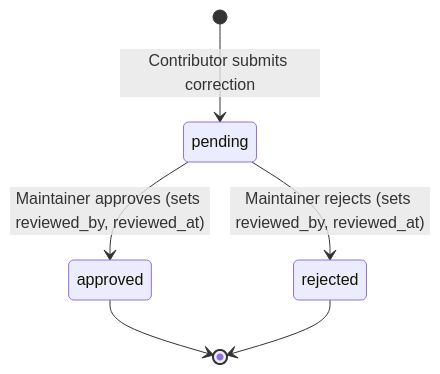
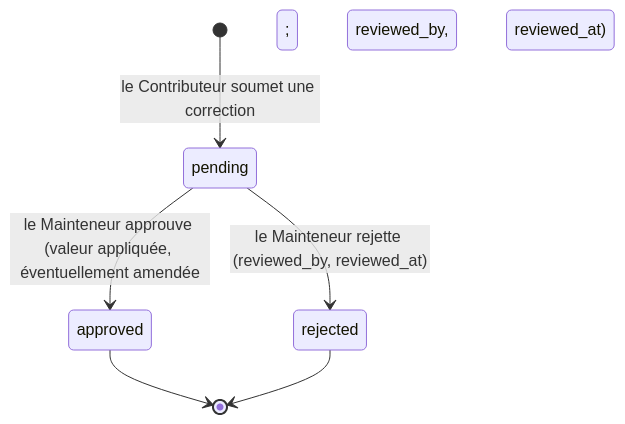
The first of 4 diagrams in docs/architecture/diagrams/beer-encyclopedia/05-state.md (benoit-bremaud/brasse-bouillon), drawn with Mermaid before and after one commit. The commit also changed other lines of this file and 2 other files, not shown here.

First line of the commit message:
docs(beer-encyclopedia): review state diagram (FR + PlantUML, two lifecycles)

````diff
--- a/docs/architecture/diagrams/beer-encyclopedia/05-state.md
+++ b/docs/architecture/diagrams/beer-encyclopedia/05-state.md
@@ -16,8 +17,8 @@
 ```mermaid
 stateDiagram-v2
-  [*] --> pending: Contributor submits correction
-  pending --> approved: Maintainer approves (sets reviewed_by, reviewed_at)
-  pending --> rejected: Maintainer rejects (sets reviewed_by, reviewed_at)
+  [*] --> pending: le Contributeur soumet une correction
+  pending --> approved: le Mainteneur approuve (valeur appliquée, éventuellement amendée ; reviewed_by, reviewed_at)
+  pending --> rejected: le Mainteneur rejette (reviewed_by, reviewed_at)
   approved --> [*]
   rejected --> [*]
 ```
````
